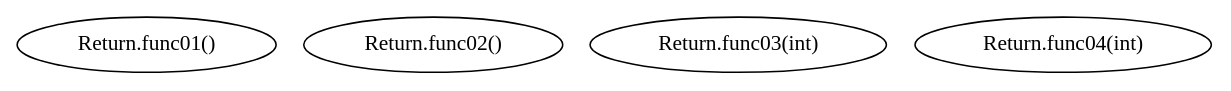
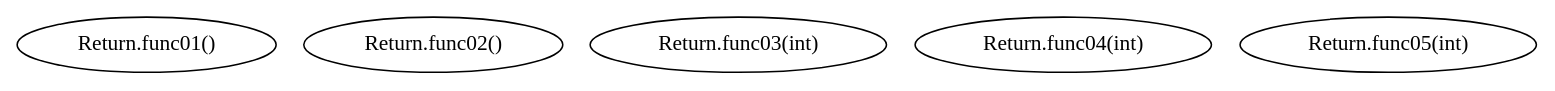
The diagram in staticSlicer/data/testcases/output/sequence/Return/cg.dot (Surprise-Jing/Java-oriented-analysis-and-understanding-tools), drawn with Graphviz before and after one commit. The commit also changed 86 other files, not shown here.

```diff
--- a/staticSlicer/data/testcases/output/sequence/Return/cg.dot
+++ b/staticSlicer/data/testcases/output/sequence/Return/cg.dot
@@ -1,6 +1,7 @@
 digraph G {
   1 [ label="Return.func01()" ];
   2 [ label="Return.func02()" ];
   3 [ label="Return.func03(int)" ];
   4 [ label="Return.func04(int)" ];
+  5 [ label="Return.func05(int)" ];
 }
```
